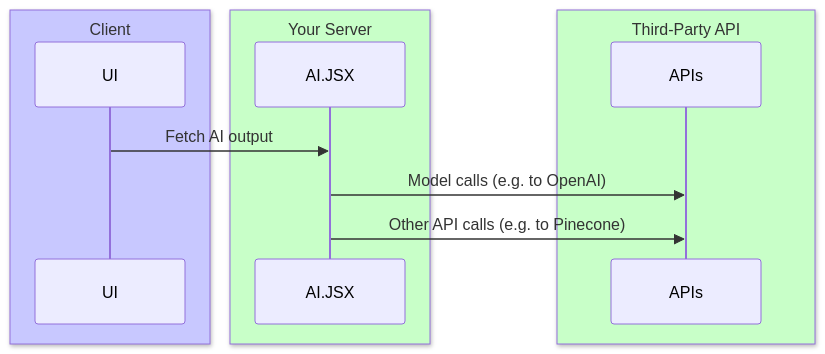
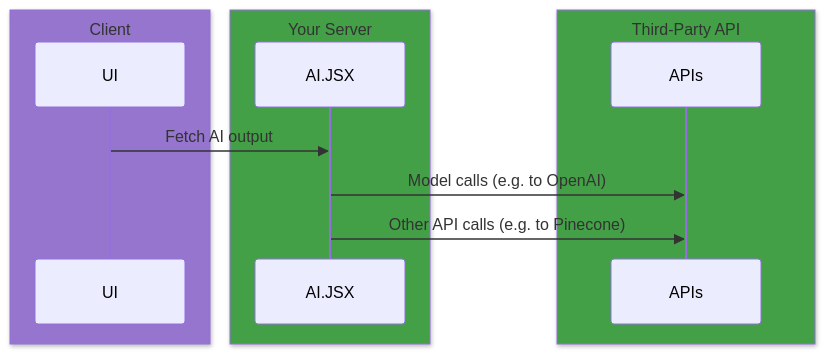
Before and after one commit to fixie-ai/ai-jsx: the third of 5 diagrams in packages/docs/docs/guides/architecture.md, drawn with Mermaid. The commit also changed other lines of this file, not shown here.

Commit message:
docs: improve arch diagrams in dark mode

````diff
--- a/packages/docs/docs/guides/architecture.md
+++ b/packages/docs/docs/guides/architecture.md
@@ -103,15 +103,15 @@
 ```mermaid
 sequenceDiagram
-    box rgb(200, 200, 255) Client
+    box rgb(149, 117, 205) Client
     participant UI
     end
-    box rgb(200, 255, 200) Your Server
+    box rgb(67, 160, 71) Your Server
     participant AI.JSX
     end
     UI->>AI.JSX: Fetch AI output
     AI.JSX->>APIs: Model calls (e.g. to OpenAI)
     AI.JSX->>APIs: Other API calls (e.g. to Pinecone)
-    box rgb(200, 255, 200) Third-Party API
+    box rgb(67, 160, 71) Third-Party API
     participant APIs
     end
 ```
````
